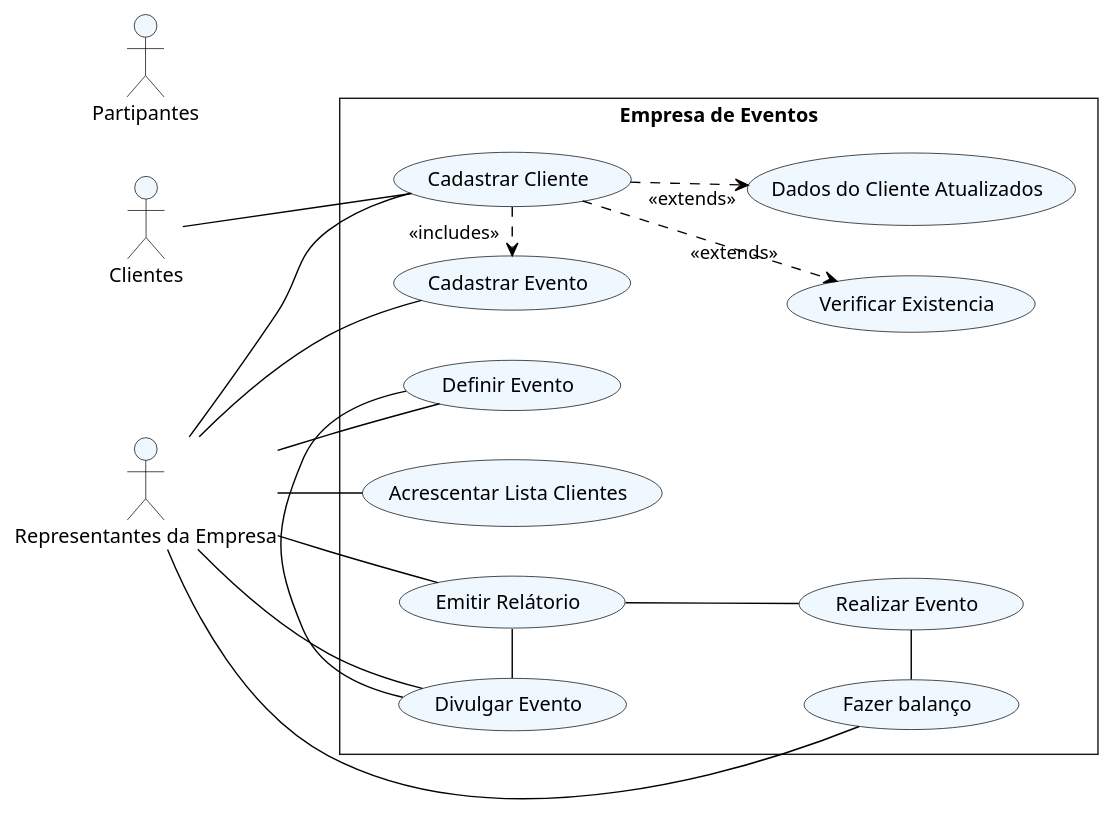
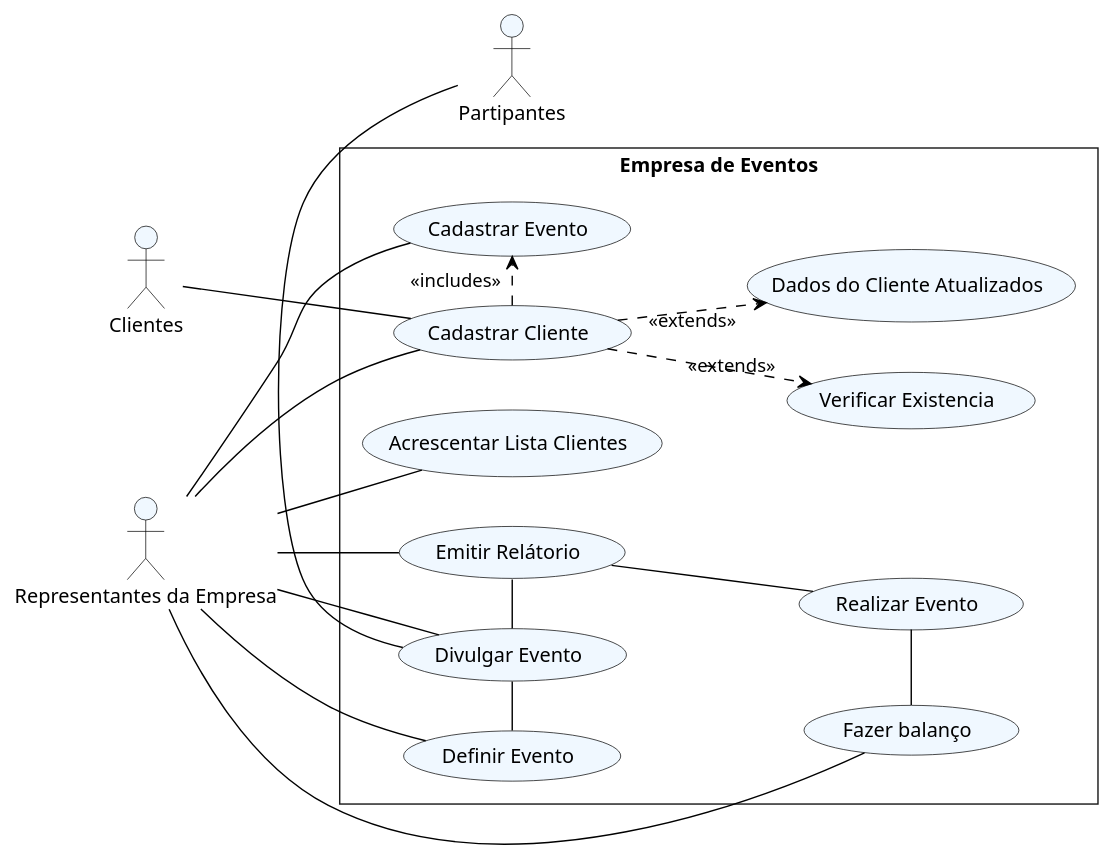
One commit to otbox/Trabalhos-Faculdade changed the diagram in Diagramas/ex27_4.puml. Above: the diagram before and after it, drawn with PlantUML. The commit also changed 22 other files, not shown here.

```diff
--- a/Diagramas/ex27_4.puml
+++ b/Diagramas/ex27_4.puml
@@ -1,53 +1,56 @@
 @startuml Empresa Eventos 
 skinparam style strictuml
 skinparam ActorBackgroundColor aliceblue
 skinparam ActorBorderColor black
 skinparam BackgroundColor white
 skinparam UsecaseBackgroundColor aliceblue
 skinparam UsecaseBorderColor black
 skinparam ArrowColor black
 left to right direction 
 
 actor Clientes
 Actor Partipantes 
 actor "Representantes da Empresa" as RepEmpresa
 
 
 rectangle "Empresa de Eventos" as rec {
     ' Representante 
     usecase "Cadastrar Evento" as CadEven
     usecase "Divulgar Evento" as DivEvento
     usecase "Acrescentar Lista Clientes" as AddCliente
     usecase "Emitir Relátorio" as EmitirRel
     usecase "Fazer balanço" as Balanco
     usecase "Realizar Evento" as RealizarEven
     ' Cliente
     usecase "Cadastrar Cliente" as CadCli
     usecase "Definir Evento" as DefEvento
 
     usecase "Verificar Existencia" as Verificar
     usecase "Dados do Cliente Atualizados" as AttCli
+ 
 
     RepEmpresa - CadEven
     RepEmpresa -right- AddCliente
     RepEmpresa -- EmitirRel
     RepEmpresa -- Balanco
     RepEmpresa -- CadCli
     RepEmpresa -- DivEvento
     RepEmpresa -- DefEvento
 
 
     DefEvento - DivEvento
     DivEvento - EmitirRel
     EmitirRel -- RealizarEven
     RealizarEven - Balanco
 
     
     Clientes -down- CadCli
     Clientes -[hidden]- CadEven
     CadCli .> "<<includes>>" CadEven
     CadCli ..> "<<extends>>" Verificar
     CadCli ..> "<<extends>>" AttCli
+
+    Partipantes - DivEvento
 }
 
 @enduml
```
